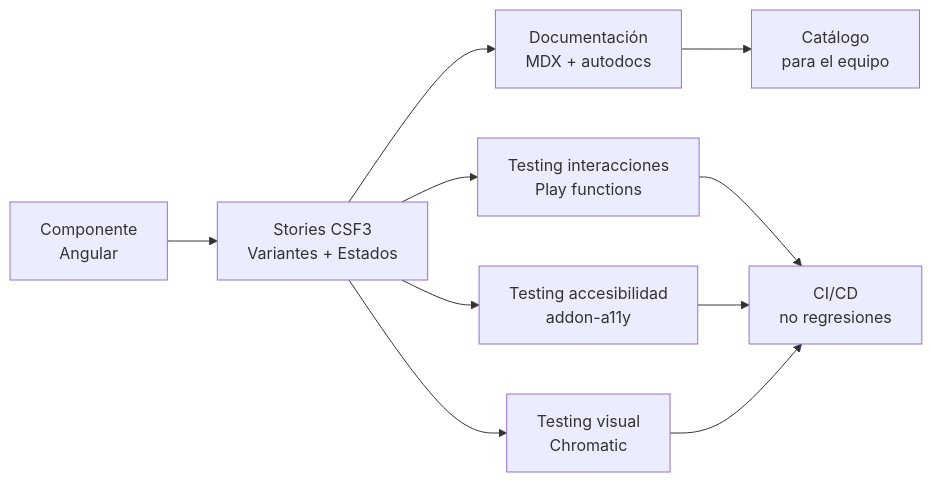
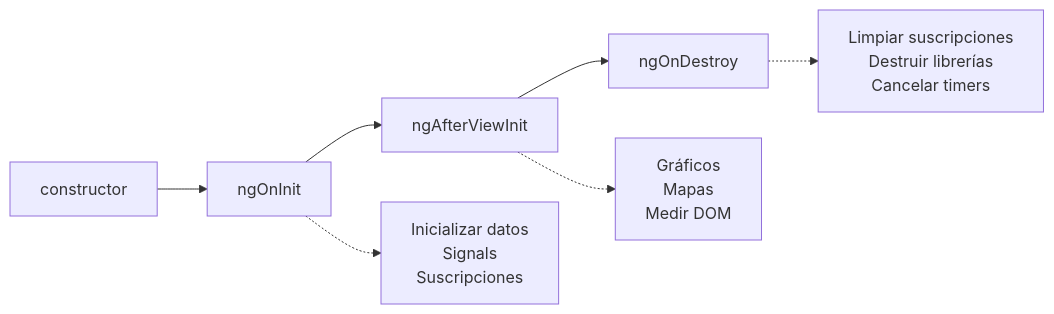
Before and after one commit to Jose-Quesada/presentacion-desarrollo-interfaces-26-27: the second of 7 diagrams in unidad-10.md, drawn with Mermaid. The commit also changed other lines of this file and 52 other files, not shown here.

````diff
--- a/unidad-10.md
+++ b/unidad-10.md
@@ -473,13 +186,10 @@
 ```mermaid
 graph LR
-    A[Componente<br/>Angular] --> B[Stories CSF3<br/>Variantes + Estados]
-    B --> C[Documentación<br/>MDX + autodocs]
-    B --> D[Testing interacciones<br/>Play functions]
-    B --> E[Testing accesibilidad<br/>addon-a11y]
-    B --> F[Testing visual<br/>Chromatic]
+    A[constructor] --> B[ngOnInit]
+    B --> C[ngAfterViewInit]
+    C --> D[ngOnDestroy]
     
-    C --> G[Catálogo<br/>para el equipo]
-    D --> H[CI/CD<br/>no regresiones]
-    E --> H
-    F --> H
+    B -.-> E[Inicializar datos<br/>Signals<br/>Suscripciones]
+    C -.-> F[Gráficos<br/>Mapas<br/>Medir DOM]
+    D -.-> G[Limpiar suscripciones<br/>Destruir librerías<br/>Cancelar timers]
 ```
````
